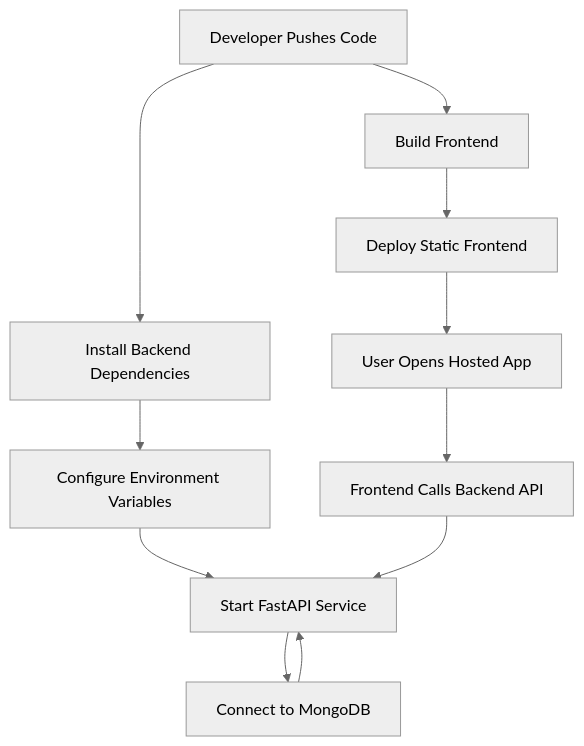
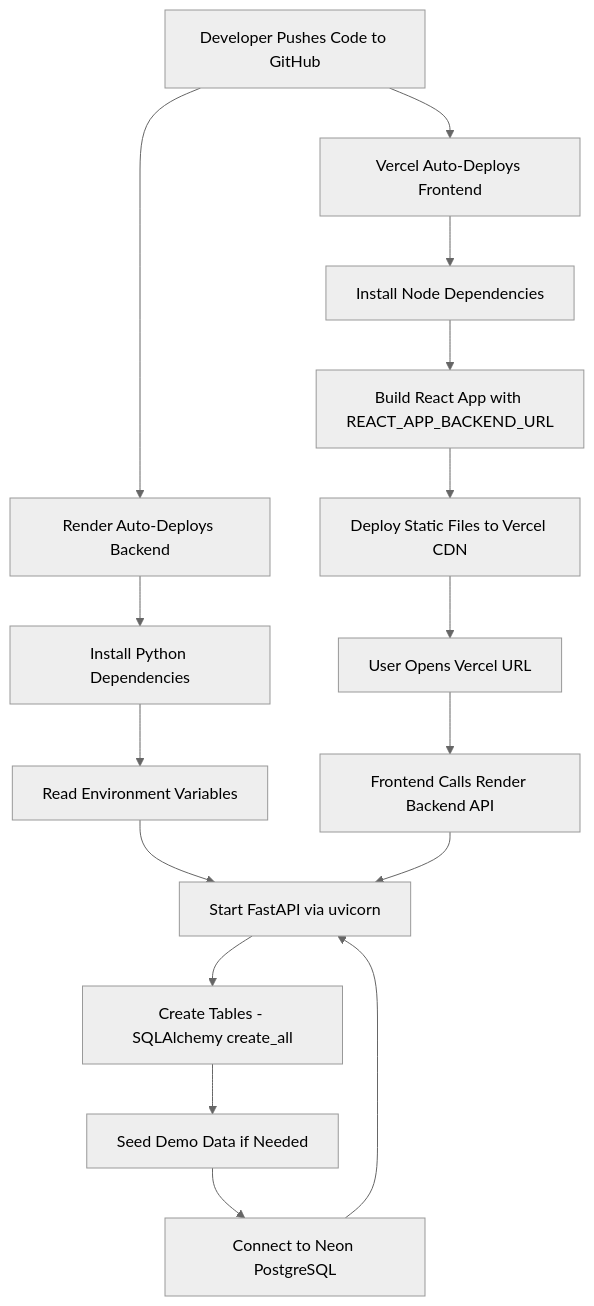
The diagram in documentation/diagrams/deployment_flow.md (KaranPatelDev/PayGuardAI), drawn with Mermaid (neutral theme) before and after one commit. The commit also changed other lines of this file and 10 other files, not shown here.

First line of the commit message:
Update documentation to reflect migration from MongoDB to PostgreSQL, enhance structured logging details, and clarify deployment architecture

````diff
--- a/documentation/diagrams/deployment_flow.md
+++ b/documentation/diagrams/deployment_flow.md
@@ -3,13 +3,18 @@
 ```mermaid
 flowchart TD
-    A[Developer Pushes Code] --> B[Build Frontend]
-    B --> C[Deploy Static Frontend]
-    A --> D[Install Backend Dependencies]
-    D --> E[Configure Environment Variables]
-    E --> F[Start FastAPI Service]
-    F --> G[Connect to MongoDB]
-    C --> H[User Opens Hosted App]
-    H --> I[Frontend Calls Backend API]
+    A[Developer Pushes Code to GitHub] --> B[Render Auto-Deploys Backend]
+    A --> C[Vercel Auto-Deploys Frontend]
+    B --> D[Install Python Dependencies]
+    D --> E[Read Environment Variables]
+    E --> F[Start FastAPI via uvicorn]
+    F --> G[Create Tables - SQLAlchemy create_all]
+    G --> H[Seed Demo Data if Needed]
+    H --> I[Connect to Neon PostgreSQL]
+    C --> J[Install Node Dependencies]
+    J --> K[Build React App with REACT_APP_BACKEND_URL]
+    K --> L[Deploy Static Files to Vercel CDN]
+    L --> M[User Opens Vercel URL]
+    M --> N[Frontend Calls Render Backend API]
+    N --> F
     I --> F
-    G --> F
 ```
````
